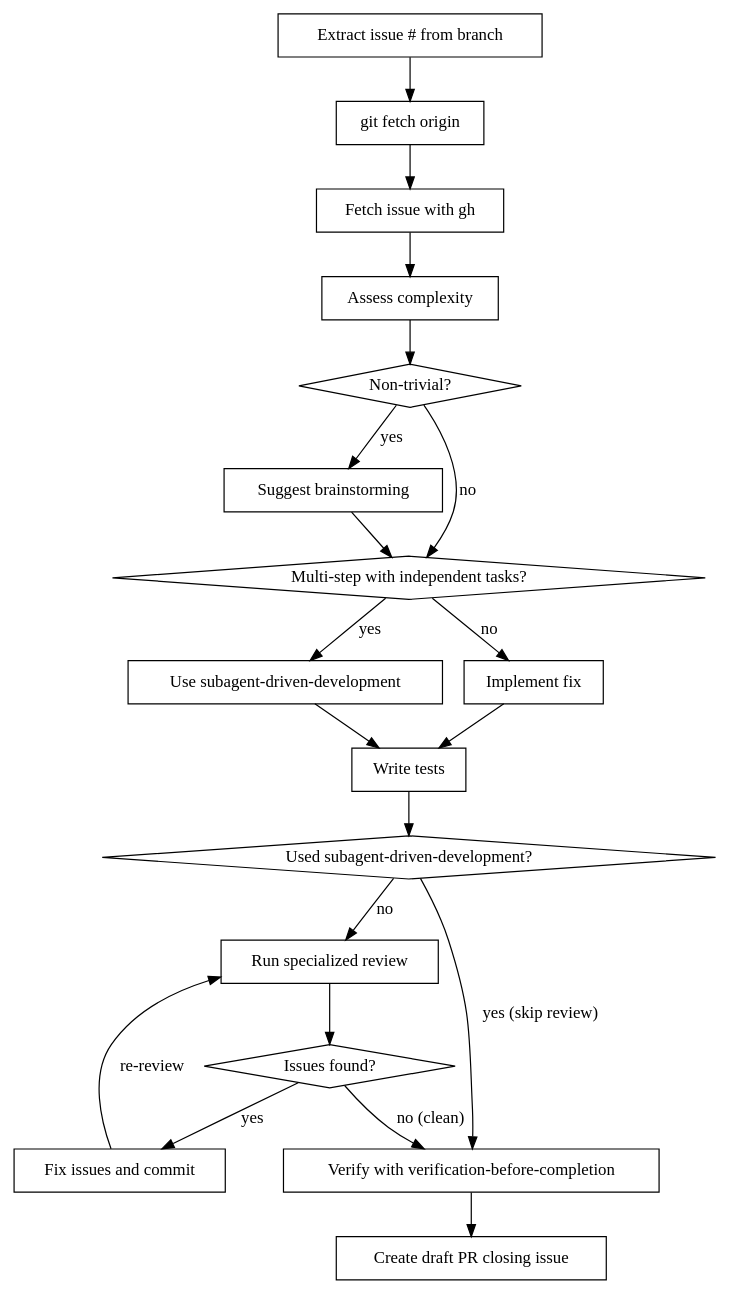
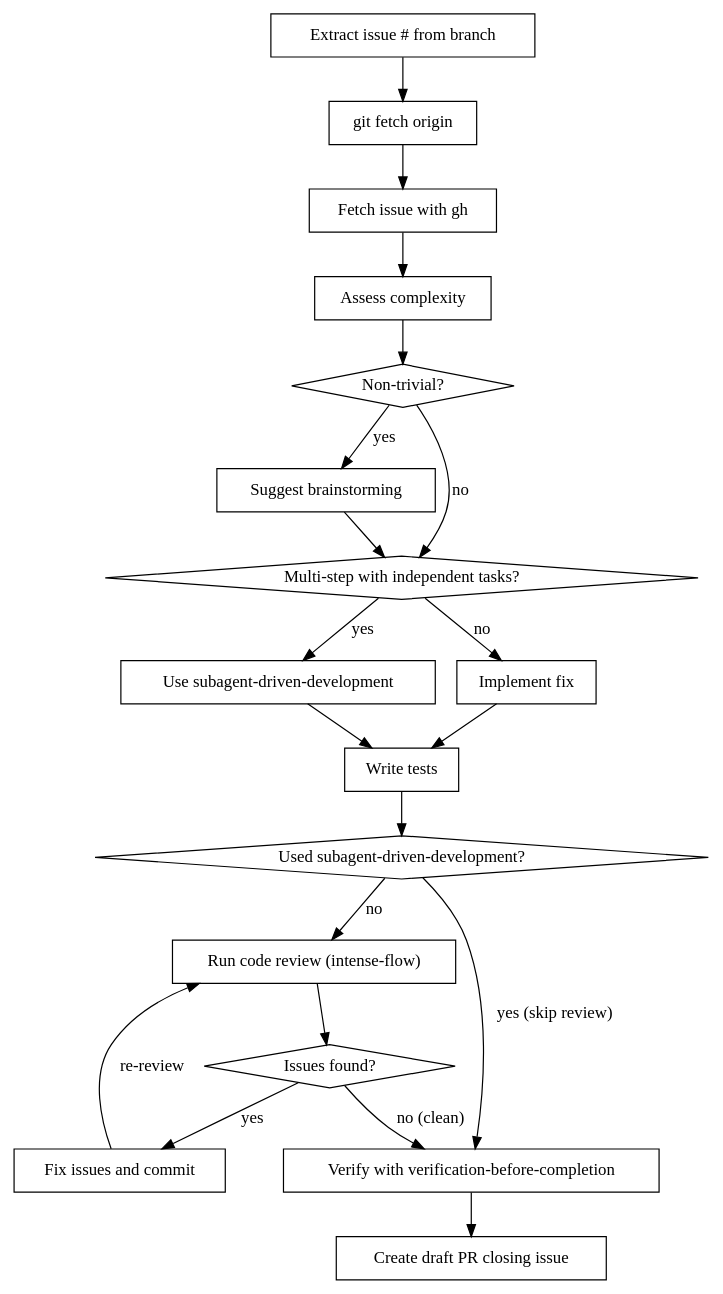
The diagram in commands/fix-gh-issue.md (oalders/kitchen-sink), drawn with Graphviz before and after one commit. The commit also changed other lines of this file and 2 other files, not shown here.

First line of the commit message:
Fix: fix-gh-issue — recommend /code-review-intense-flow for non-trivial direct implementations (#22)

````diff
--- a/commands/fix-gh-issue.md
+++ b/commands/fix-gh-issue.md
@@ -61,40 +61,40 @@
 ```dot
 digraph fix_issue {
     "Extract issue # from branch" [shape=box];
     "git fetch origin" [shape=box];
     "Fetch issue with gh" [shape=box];
     "Assess complexity" [shape=box];
     "Non-trivial?" [shape=diamond];
     "Suggest brainstorming" [shape=box];
     "Multi-step with independent tasks?" [shape=diamond];
     "Use subagent-driven-development" [shape=box];
     "Implement fix" [shape=box];
     "Write tests" [shape=box];
     "Used subagent-driven-development?" [shape=diamond];
-    "Run specialized review" [shape=box];
+    "Run code review (intense-flow)" [shape=box];
     "Issues found?" [shape=diamond];
     "Fix issues and commit" [shape=box];
     "Verify with verification-before-completion" [shape=box];
     "Create draft PR closing issue" [shape=box];
 
     "Extract issue # from branch" -> "git fetch origin";
     "git fetch origin" -> "Fetch issue with gh";
     "Fetch issue with gh" -> "Assess complexity";
     "Assess complexity" -> "Non-trivial?";
     "Non-trivial?" -> "Suggest brainstorming" [label="yes"];
     "Non-trivial?" -> "Multi-step with independent tasks?" [label="no"];
     "Suggest brainstorming" -> "Multi-step with independent tasks?";
     "Multi-step with independent tasks?" -> "Use subagent-driven-development" [label="yes"];
     "Multi-step with independent tasks?" -> "Implement fix" [label="no"];
     "Use subagent-driven-development" -> "Write tests";
     "Implement fix" -> "Write tests";
     "Write tests" -> "Used subagent-driven-development?";
     "Used subagent-driven-development?" -> "Verify with verification-before-completion" [label="yes (skip review)"];
-    "Used subagent-driven-development?" -> "Run specialized review" [label="no"];
-    "Run specialized review" -> "Issues found?" [shape=diamond];
+    "Used subagent-driven-development?" -> "Run code review (intense-flow)" [label="no"];
+    "Run code review (intense-flow)" -> "Issues found?" [shape=diamond];
     "Issues found?" -> "Fix issues and commit" [label="yes"];
-    "Fix issues and commit" -> "Run specialized review" [label="re-review"];
+    "Fix issues and commit" -> "Run code review (intense-flow)" [label="re-review"];
     "Issues found?" -> "Verify with verification-before-completion" [label="no (clean)"];
     "Verify with verification-before-completion" -> "Create draft PR closing issue";
 }
 ```
````
